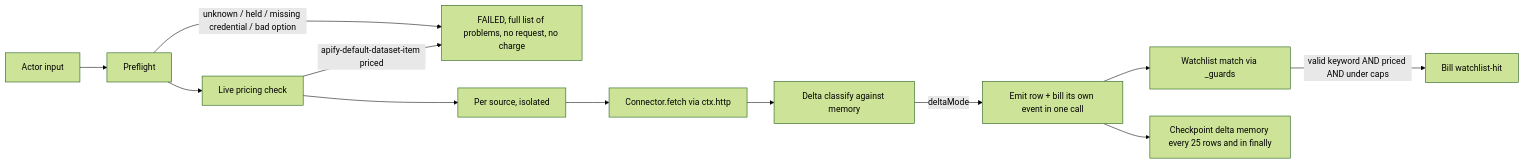
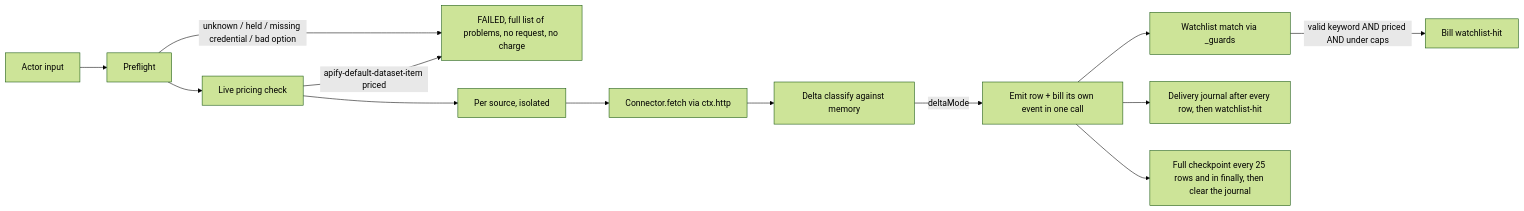
The diagram in docs/apify_portfolio_refactor_strategy_2026.md (stefanoseggio/awesome-regulatory-monitors), drawn with Mermaid (forest theme) before and after one commit. The commit also changed other lines of this file, not shown here.

First line of the commit message:
docs: strategy doc - delivery journal, RA-7, market traction section

````diff
--- a/docs/apify_portfolio_refactor_strategy_2026.md
+++ b/docs/apify_portfolio_refactor_strategy_2026.md
@@ -65,14 +65,15 @@
 ```mermaid
 flowchart LR
   I[Actor input] --> P[Preflight]
   P -->|unknown / held / missing credential / bad option| F[FAILED, full list of problems, no request, no charge]
   P --> L[Live pricing check]
   L -->|apify-default-dataset-item priced| F
   L --> R[Per source, isolated]
   R --> C[Connector.fetch via ctx.http]
   C --> D[Delta classify against memory]
   D -->|deltaMode| E[Emit row + bill its own event in one call]
   E --> W[Watchlist match via _guards]
   W -->|valid keyword AND priced AND under caps| H[Bill watchlist-hit]
-  E --> S[Checkpoint delta memory every 25 rows and in finally]
+  E --> J[Delivery journal after every row, then watchlist-hit]
+  E --> S[Full checkpoint every 25 rows and in finally, then clear the journal]
 ```
````
